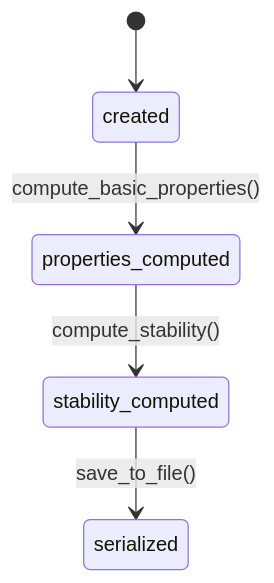
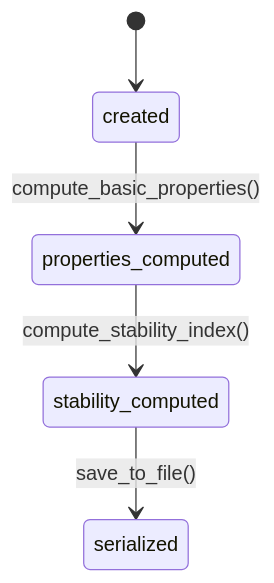
The diagram in docs/reference/mbse/state-orbit-lifecycle.md (cislunarspace/e2m2e), drawn with Mermaid before and after one commit. The commit also changed 47 other files, not shown here.

````diff
--- a/docs/reference/mbse/state-orbit-lifecycle.md
+++ b/docs/reference/mbse/state-orbit-lifecycle.md
@@ -7,7 +7,7 @@
 ```mermaid
 stateDiagram-v2
     [*] --> created
     created --> properties_computed : compute_basic_properties()
-    properties_computed --> stability_computed : compute_stability()
+    properties_computed --> stability_computed : compute_stability_index()
     stability_computed --> serialized : save_to_file()
 ```
````
